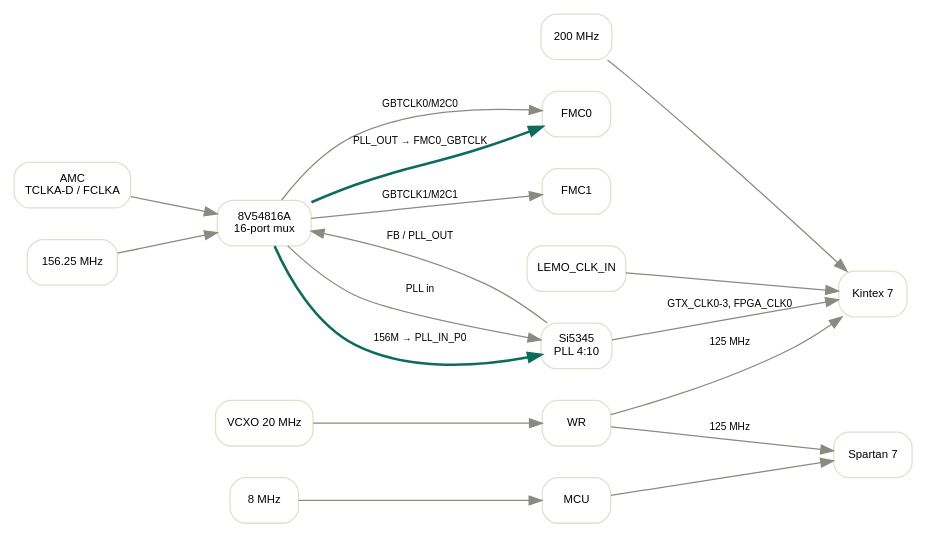
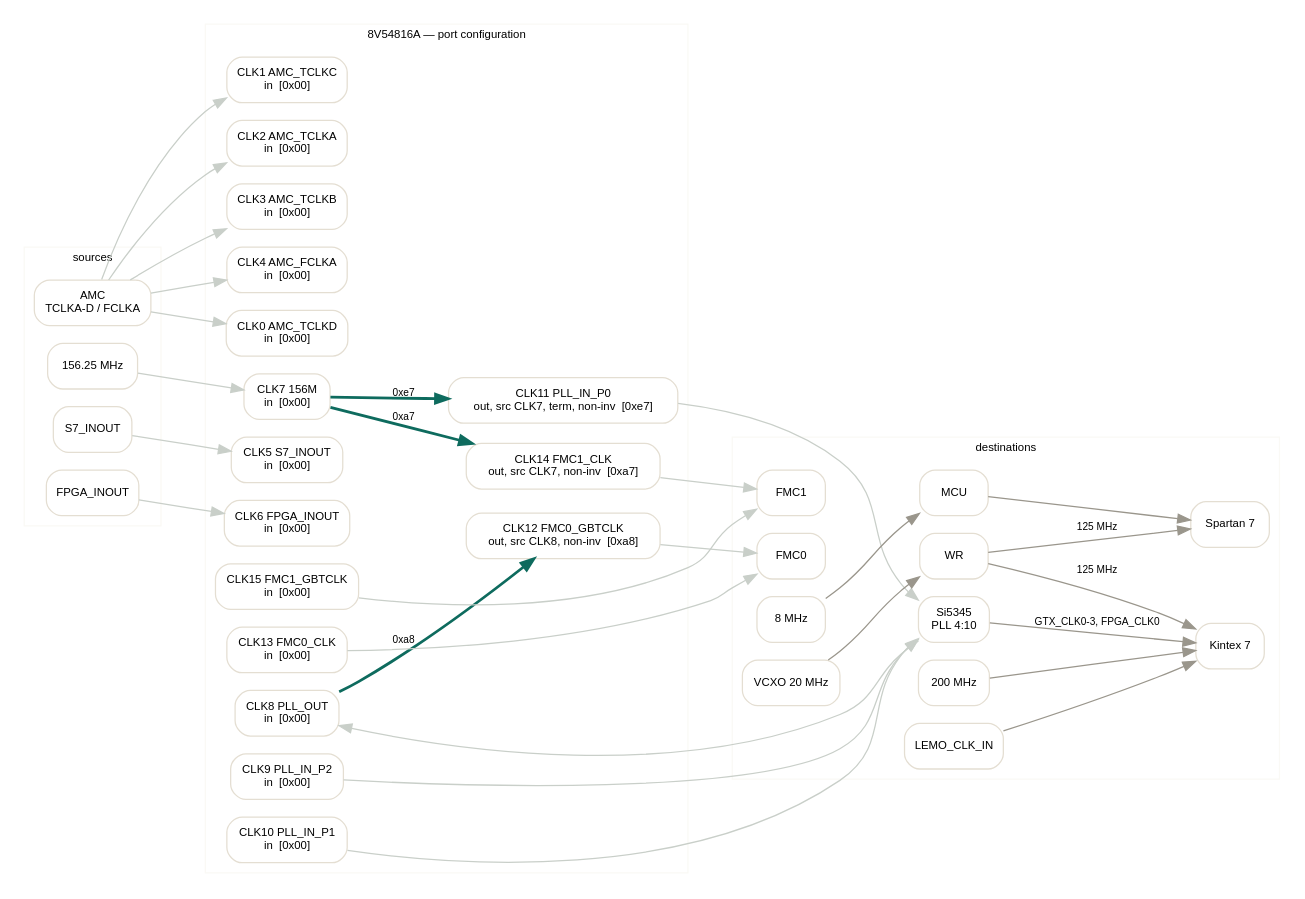
The diagram in docs/clocking.dot (palzhj/openMMC_uFC), drawn with Graphviz before and after one commit. The commit also changed 4 other files, not shown here.

First line of the commit message:
clock: merge the 8V54816A configuration into the system diagram

```diff
--- a/docs/clocking.dot
+++ b/docs/clocking.dot
@@ -1,40 +1,74 @@
 digraph clocking {
   rankdir=LR;
-  graph [fontname="Helvetica", nodesep=0.35, ranksep=0.9];
+  graph [fontname="Helvetica", nodesep=0.2, ranksep=0.7, compound=true];
   node [shape=box, style="rounded,filled", fillcolor="#FFFFFF",
         color="#E4DED2", fontname="Helvetica", fontsize=9];
-  edge [color="#8A8A80", fontname="Helvetica", fontsize=8];
-  AMC [label="AMC
-TCLKA-D / FCLKA"];
-  OSC [label="156.25 MHz"];
-  MUX [label="8V54816A
-16-port mux"];
-  FMC0 [label="FMC0"];
-  FMC1 [label="FMC1"];
-  SI [label="Si5345
-PLL 4:10"];
-  S7 [label="Spartan 7"];
-  K7 [label="Kintex 7"];
-  WR [label="WR"];
-  VCXO [label="VCXO 20 MHz"];
-  OSC8 [label="8 MHz"];
-  MCU [label="MCU"];
-  OSC200 [label="200 MHz"];
-  LEMO [label="LEMO_CLK_IN"];
-  AMC -> MUX;
-  OSC -> MUX;
-  MUX -> FMC0 [label="GBTCLK0/M2C0"];
-  MUX -> FMC1 [label="GBTCLK1/M2C1"];
-  MUX -> SI [label="PLL in"];
-  SI -> MUX [label="FB / PLL_OUT"];
+  edge [color="#9A968C", fontname="Helvetica", fontsize=8];
+  subgraph cluster_src { label="sources"; fontsize=9; color="#FAF9F5";
+    AMC [label="AMC
+TCLKA-D / FCLKA"]; OSC [label="156.25 MHz"];
+    S7IN [label="S7_INOUT"]; FPGAIN [label="FPGA_INOUT"]; }
+  subgraph cluster_mux { label="8V54816A — port configuration";
+        fontsize=9; color="#FAF9F5";
+    n0 [label="CLK0 AMC_TCLKD
+in  [0x00]"];
+    n1 [label="CLK1 AMC_TCLKC
+in  [0x00]"];
+    n2 [label="CLK2 AMC_TCLKA
+in  [0x00]"];
+    n3 [label="CLK3 AMC_TCLKB
+in  [0x00]"];
+    n4 [label="CLK4 AMC_FCLKA
+in  [0x00]"];
+    n5 [label="CLK5 S7_INOUT
+in  [0x00]"];
+    n6 [label="CLK6 FPGA_INOUT
+in  [0x00]"];
+    n7 [label="CLK7 156M
+in  [0x00]"];
+    n8 [label="CLK8 PLL_OUT
+in  [0x00]"];
+    n9 [label="CLK9 PLL_IN_P2
+in  [0x00]"];
+    n10 [label="CLK10 PLL_IN_P1
+in  [0x00]"];
+    n11 [label="CLK11 PLL_IN_P0
+out, src CLK7, term, non-inv  [0xe7]"];
+    n12 [label="CLK12 FMC0_GBTCLK
+out, src CLK8, non-inv  [0xa8]"];
+    n13 [label="CLK13 FMC0_CLK
+in  [0x00]"];
+    n14 [label="CLK14 FMC1_CLK
+out, src CLK7, non-inv  [0xa7]"];
+    n15 [label="CLK15 FMC1_GBTCLK
+in  [0x00]"];
+  }
+  subgraph cluster_dst { label="destinations"; fontsize=9; color="#FAF9F5";
+    SI [label="Si5345
+PLL 4:10"]; FMC0 [label="FMC0"]; FMC1 [label="FMC1"];
+    S7 [label="Spartan 7"]; K7 [label="Kintex 7"]; WR [label="WR"];
+    VCXO [label="VCXO 20 MHz"]; OSC8 [label="8 MHz"]; MCU [label="MCU"];
+    OSC200 [label="200 MHz"]; LEMO [label="LEMO_CLK_IN"]; }
+  AMC -> n0 [color="#C9CFC9"];
+  AMC -> n1 [color="#C9CFC9"];
+  AMC -> n2 [color="#C9CFC9"];
+  AMC -> n3 [color="#C9CFC9"];
+  AMC -> n4 [color="#C9CFC9"];
+  S7IN -> n5 [color="#C9CFC9"];
+  FPGAIN -> n6 [color="#C9CFC9"];
+  OSC -> n7 [color="#C9CFC9"];
+  SI -> n8 [color="#C9CFC9"];
+  n9 -> SI [color="#C9CFC9"];
+  n10 -> SI [color="#C9CFC9"];
+  n11 -> SI [color="#C9CFC9"];
+  n12 -> FMC0 [color="#C9CFC9"];
+  n13 -> FMC0 [color="#C9CFC9"];
+  n14 -> FMC1 [color="#C9CFC9"];
+  n15 -> FMC1 [color="#C9CFC9"];
   SI -> K7 [label="GTX_CLK0-3, FPGA_CLK0"];
-  WR -> S7 [label="125 MHz"];
-  WR -> K7 [label="125 MHz"];
-  VCXO -> WR;
-  OSC8 -> MCU;
-  MCU -> S7;
-  OSC200 -> K7;
-  LEMO -> K7;
-  MUX -> SI [label="156M → PLL_IN_P0", color="#0E6B5E", penwidth=2];
-  MUX -> FMC0 [label="PLL_OUT → FMC0_GBTCLK", color="#0E6B5E", penwidth=2];
+  WR -> S7 [label="125 MHz"]; WR -> K7 [label="125 MHz"];
+  VCXO -> WR; OSC8 -> MCU; MCU -> S7; OSC200 -> K7; LEMO -> K7;
+  n7 -> n11 [label="0xe7", color="#0E6B5E", penwidth=2.2];
+  n8 -> n12 [label="0xa8", color="#0E6B5E", penwidth=2.2];
+  n7 -> n14 [label="0xa7", color="#0E6B5E", penwidth=2.2];
 }
```
